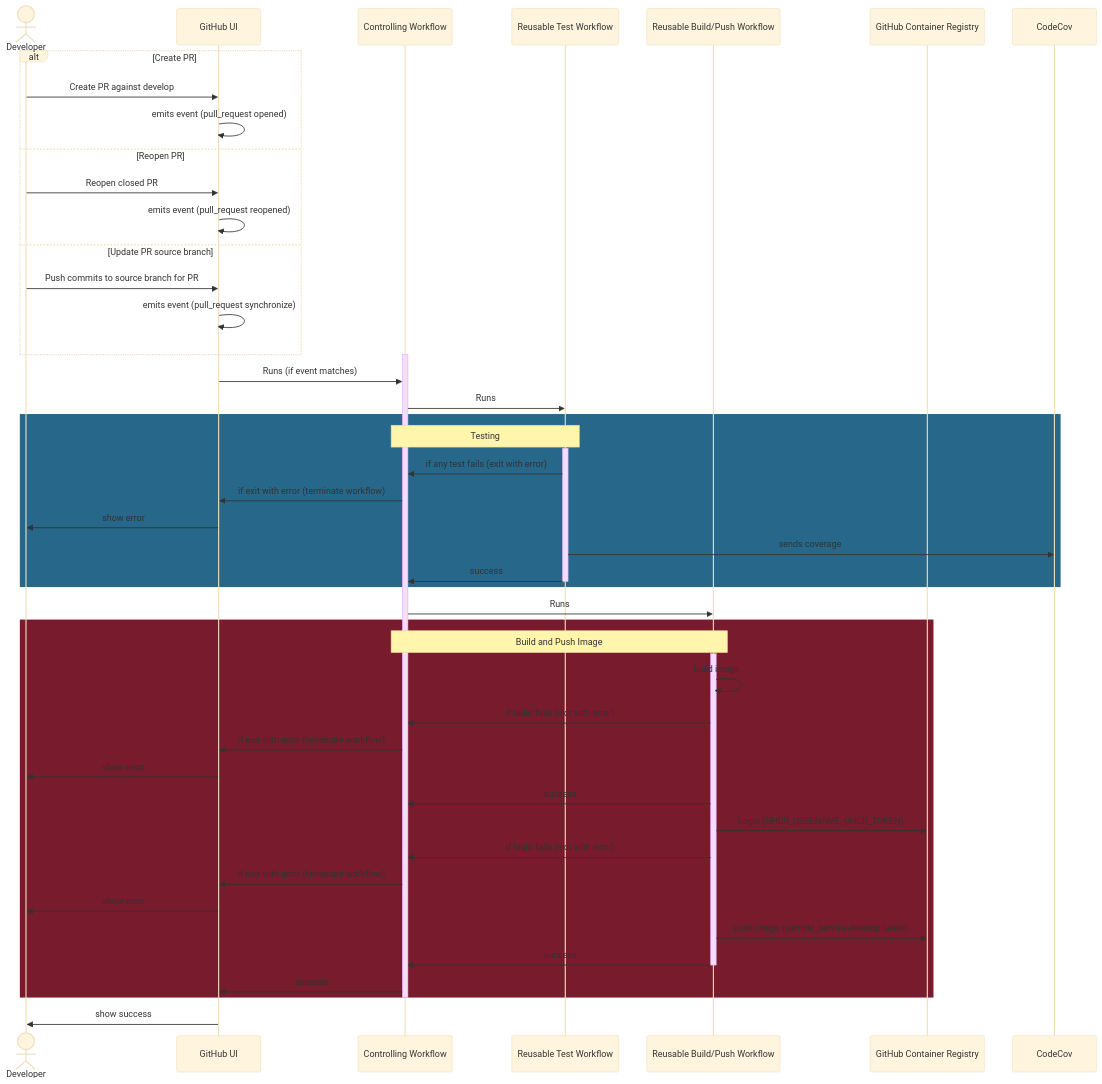
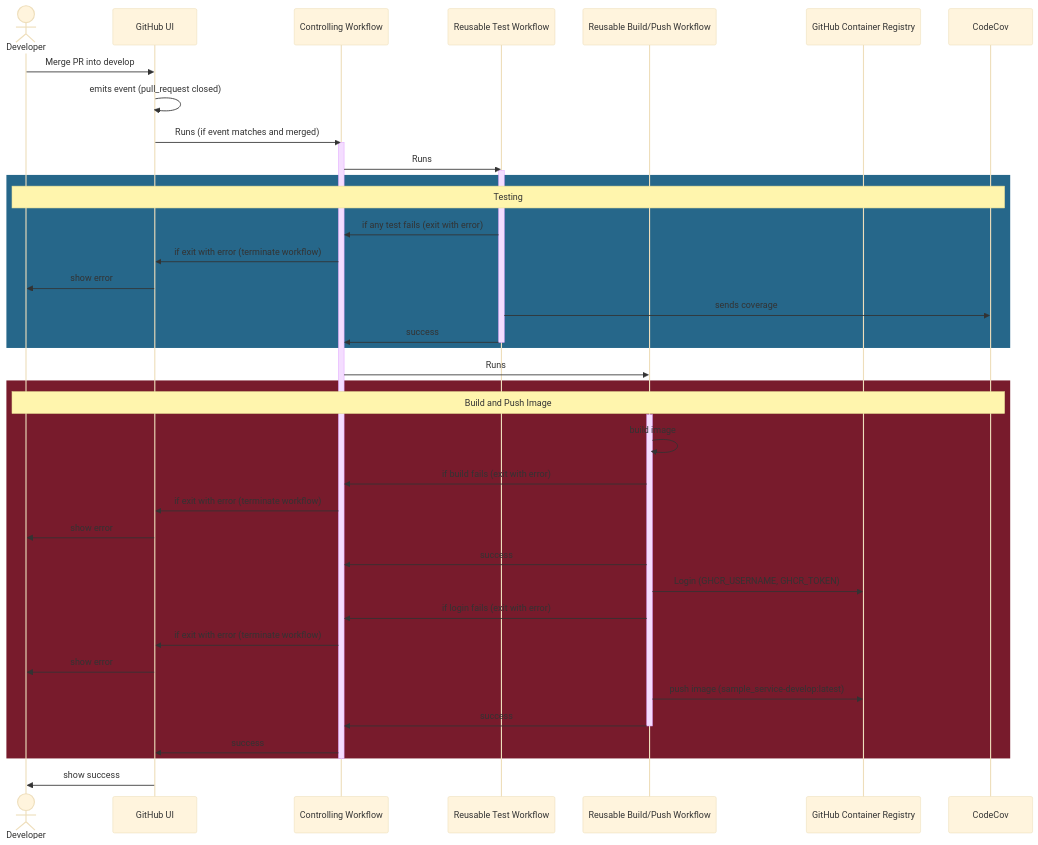
Before and after one commit to kbase/sample_service: the second of 7 diagrams in docs/gha/workflows.md, drawn with Mermaid (base theme). The commit also changed other lines of this file and 2 other files, not shown here.

Commit message:
finish mermaid diagrams, now refine [SAM-238]

````diff
--- a/docs/gha/workflows.md
+++ b/docs/gha/workflows.md
@@ -167,68 +163,61 @@
 ```mermaid
 sequenceDiagram
     actor Developer
     participant GH as GitHub UI 
     participant Workflow as Controlling Workflow 
     participant TestWorkflow as Reusable Test Workflow 
     participant BuildWorkflow as Reusable Build/Push Workflow
     participant GHCR as GitHub Container Registry
     participant CodeCov
     
-    alt Create PR
-        Developer ->> GH: Create PR against develop
-        GH ->> GH: emits event (pull_request opened)
-    else Reopen PR
-        Developer ->> GH: Reopen closed PR
-        GH ->> GH: emits event (pull_request reopened)
-    else Update PR source branch
-        Developer ->> GH: Push commits to source branch for PR
-        GH ->> GH: emits event (pull_request synchronize)
-    end
+    Developer ->> GH: Merge PR into develop 
+    GH ->> GH: emits event (pull_request closed)
+    
+    GH ->> Workflow: Runs (if event matches and merged)
     
     activate Workflow
-    GH ->> Workflow: Runs (if event matches)
     
     Workflow ->> TestWorkflow: Runs
+    activate TestWorkflow
     
     rect rgb(38, 103, 138)
-    note over Workflow,TestWorkflow: Testing
-
-    activate TestWorkflow
+    note over Developer,CodeCov: Testing
+    
     TestWorkflow ->> Workflow : if any test fails (exit with error)
     Workflow ->> GH: if exit with error (terminate workflow)
     GH ->> Developer: show error
     TestWorkflow ->> CodeCov: sends coverage
     TestWorkflow ->> Workflow: success
     deactivate TestWorkflow
     
     end
     
     Workflow ->> BuildWorkflow: Runs
     
     rect rgb(120, 27, 44)
-    note over BuildWorkflow, Workflow: Build and Push Image
+    note over Developer,CodeCov: Build and Push Image
     
     activate BuildWorkflow
     BuildWorkflow ->> BuildWorkflow: build image
     BuildWorkflow ->> Workflow: if build fails (exit with error)
     Workflow ->> GH: if exit with error (terminate workflow)
     GH ->> Developer: show error
     BuildWorkflow ->> Workflow:success
     
     BuildWorkflow ->> GHCR: Login (GHCR_USERNAME, GHCR_TOKEN)
     BuildWorkflow ->> Workflow: if login fails (exit with error)
     Workflow ->> GH: if exit with error (terminate workflow)
     GH ->> Developer: show error
     
     BuildWorkflow ->> GHCR: push image (sample_service-develop:latest)
     BuildWorkflow ->> Workflow:success
     
     deactivate BuildWorkflow
     
     Workflow ->> GH:success
     
     end
     
     deactivate Workflow
     GH ->> Developer: show success
 ```
````
